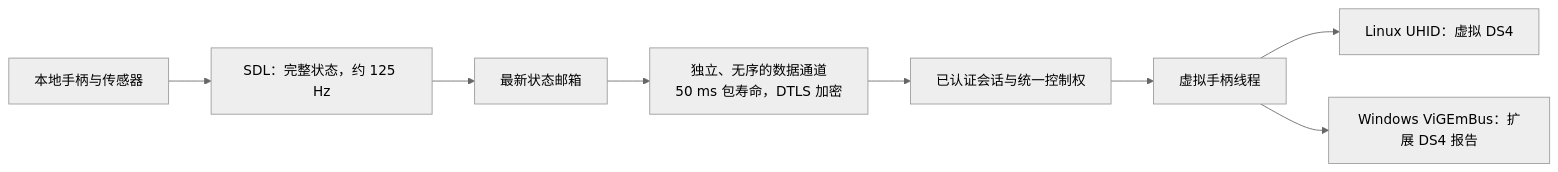
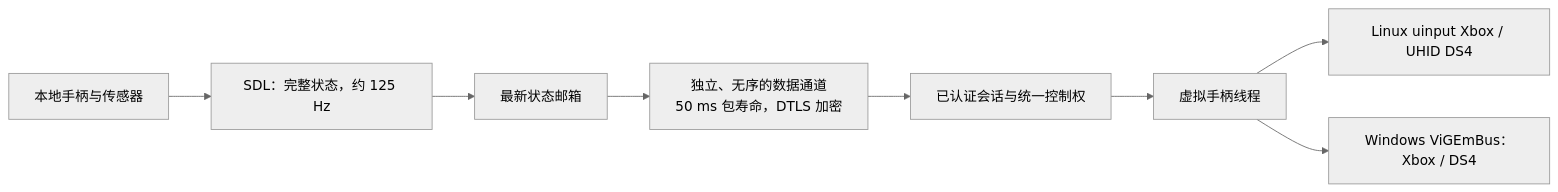
Before and after one commit to TheRainstorm/eclipse: the diagram in docs/native-gamepad.md, drawn with Mermaid (neutral theme). The commit also changed other lines of this file and 11 other files, not shown here.

````diff
--- a/docs/native-gamepad.md
+++ b/docs/native-gamepad.md
@@ -31,10 +34,10 @@
 ```mermaid
 flowchart LR
     Physical["本地手柄与传感器"] --> SDL["SDL：完整状态，约 125 Hz"]
     SDL --> Latest["最新状态邮箱"]
     Latest --> DC["独立、无序的数据通道\n50 ms 包寿命，DTLS 加密"]
     DC --> Gate["已认证会话与统一控制权"]
     Gate --> Worker["虚拟手柄线程"]
-    Worker --> Linux["Linux UHID：虚拟 DS4"]
-    Worker --> Windows["Windows ViGEmBus：扩展 DS4 报告"]
+    Worker --> Linux["Linux uinput Xbox / UHID DS4"]
+    Worker --> Windows["Windows ViGEmBus：Xbox / DS4"]
 ```
````
